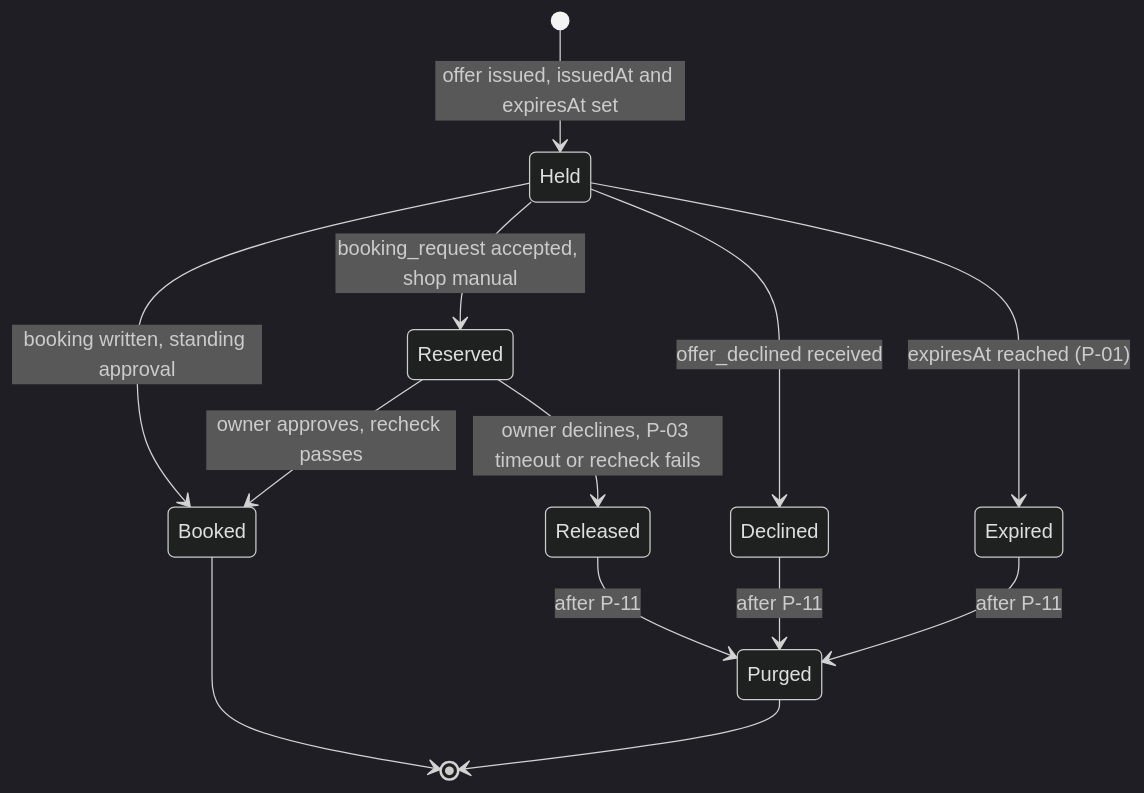
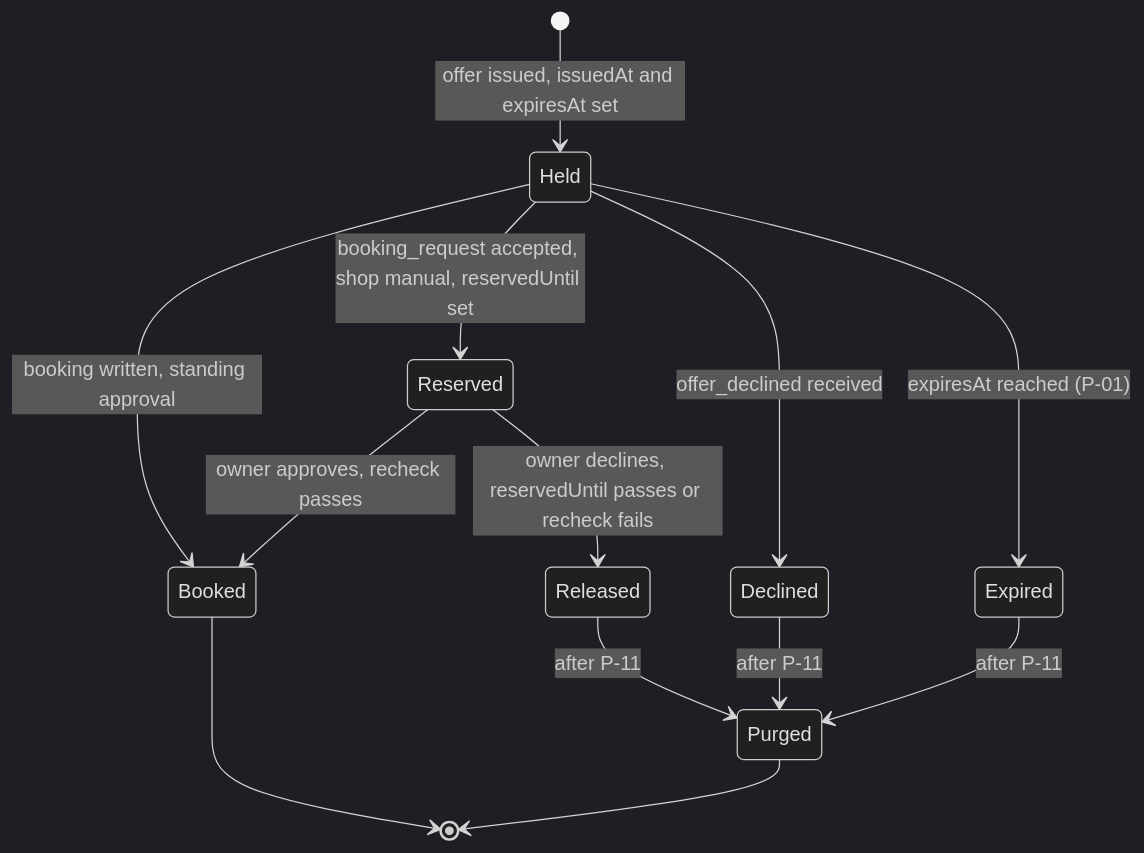
One commit to Jannisar01/hitchpost changed the fourth of 9 diagrams in docs/sad/07-process-and-behaviour-models.md. Above: the diagram before and after it, drawn with Mermaid (dark theme). The commit also changed other lines of this file and 22 other files, not shown here.

````diff
--- a/docs/sad/07-process-and-behaviour-models.md
+++ b/docs/sad/07-process-and-behaviour-models.md
@@ -282,15 +302,15 @@
 ```mermaid
 stateDiagram-v2
   [*] --> Held: offer issued, issuedAt and expiresAt set
   Held --> Booked: booking written, standing approval
-  Held --> Reserved: booking_request accepted, shop manual
+  Held --> Reserved: booking_request accepted, shop manual, reservedUntil set
   Held --> Declined: offer_declined received
   Held --> Expired: expiresAt reached (P-01)
   Reserved --> Booked: owner approves, recheck passes
-  Reserved --> Released: owner declines, P-03 timeout or recheck fails
+  Reserved --> Released: owner declines, reservedUntil passes or recheck fails
   Booked --> [*]
   Declined --> Purged: after P-11
   Expired --> Purged: after P-11
   Released --> Purged: after P-11
   Purged --> [*]
 ```
````
